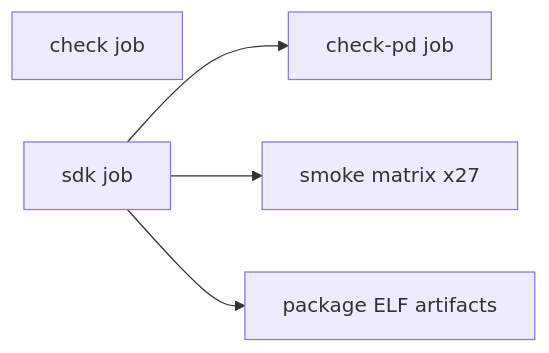
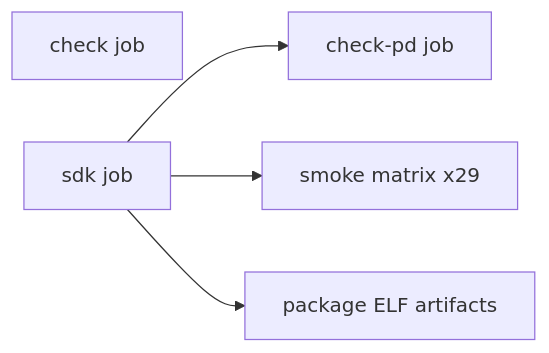
Before and after one commit to julerex/lerux: the diagram in docs/ci.md, drawn with Mermaid. The commit also changed other lines of this file and 26 other files, not shown here.

````diff
--- a/docs/ci.md
+++ b/docs/ci.md
@@ -13,11 +13,11 @@
 ```mermaid
 flowchart LR
   check[check job]
   sdk[sdk job]
   checkPd[check-pd job]
-  smoke[smoke matrix x27]
+  smoke[smoke matrix x29]
   package[package ELF artifacts]
   sdk --> checkPd
   sdk --> smoke
   sdk --> package
 ```
````
